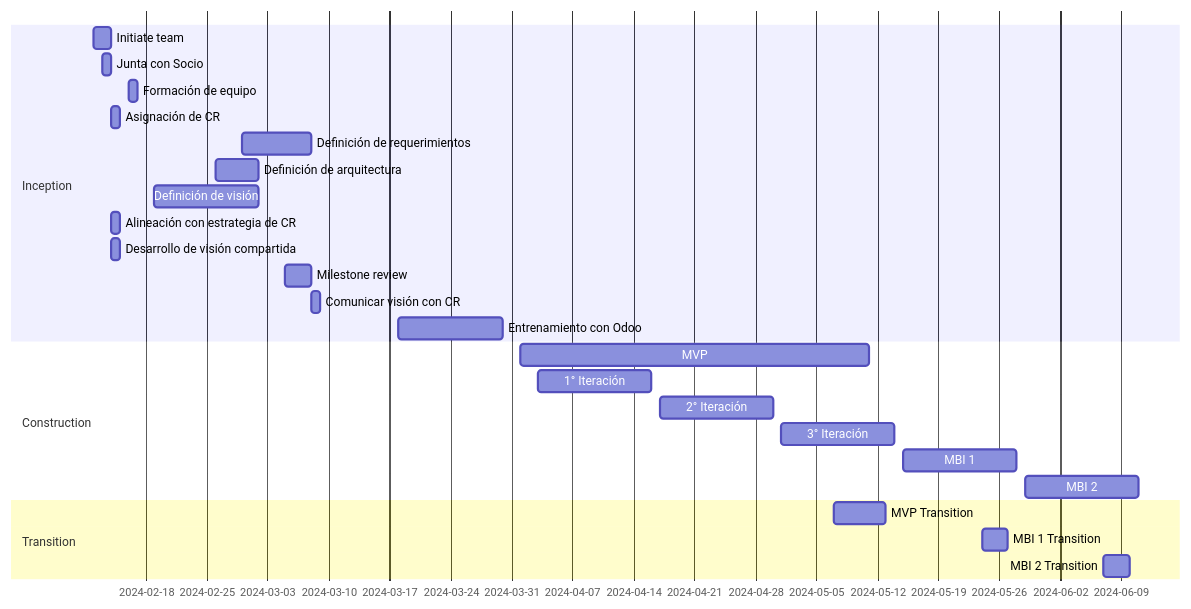
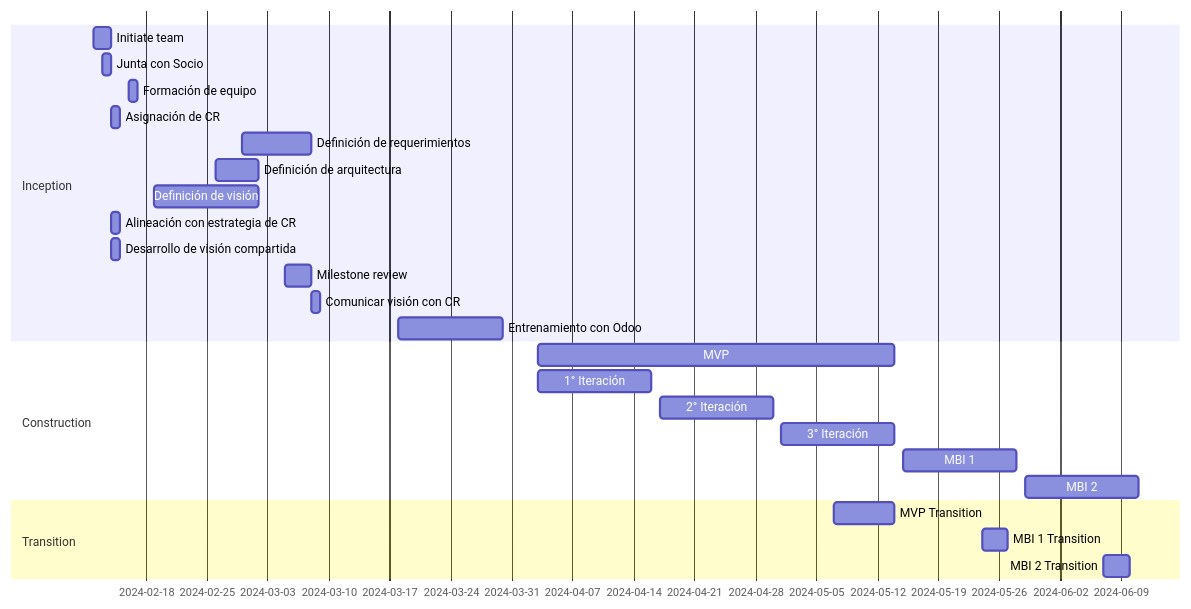
The diagram in docs/cr/vision-proyecto-cr.md (Black-Dot-2024/docs), drawn with Mermaid before and after one commit.

````diff
--- a/docs/cr/vision-proyecto-cr.md
+++ b/docs/cr/vision-proyecto-cr.md
@@ -86,29 +86,29 @@
 ```mermaid
 gantt
     dateFormat YYYY-MM-DD
     section Inception
         Initiate team   :2024-02-12, 2d
         Junta con Socio :2024-02-13, 1d
         Formación de equipo :2024-02-16, 1d
         Asignación de CR :2024-02-14, 1d
         Definición de requerimientos :2024-02-29, 8d
         Definición de arquitectura :2024-02-26, 5d
         Definición de visión :2024-02-19, 12d
         Alineación con estrategia de CR :2024-02-14, 1d
         Desarrollo de visión compartida :2024-02-14, 1d
         Milestone review :2024-03-5, 3d
         Comunicar visión con CR   :1d
         Entrenamiento con Odoo :2024-03-18, 12d
     section Construction
-        MVP :2024-04-1, 40d
+        MVP :2024-04-03, 41d
         1° Iteración :2024-04-3, 13d
         2° Iteración :2024-04-17, 13d
         3° Iteración :2024-05-01, 13d
         MBI 1 :2024-05-15, 13d
         MBI 2 :2024-05-29, 13d
     section Transition
-        MVP Transition :2024-05-07, 6d
+        MVP Transition :2024-05-07, 7d
         MBI 1 Transition :2024-05-24, 3d
         MBI 2 Transition :2024-06-07, 3d
 
 ```
````
